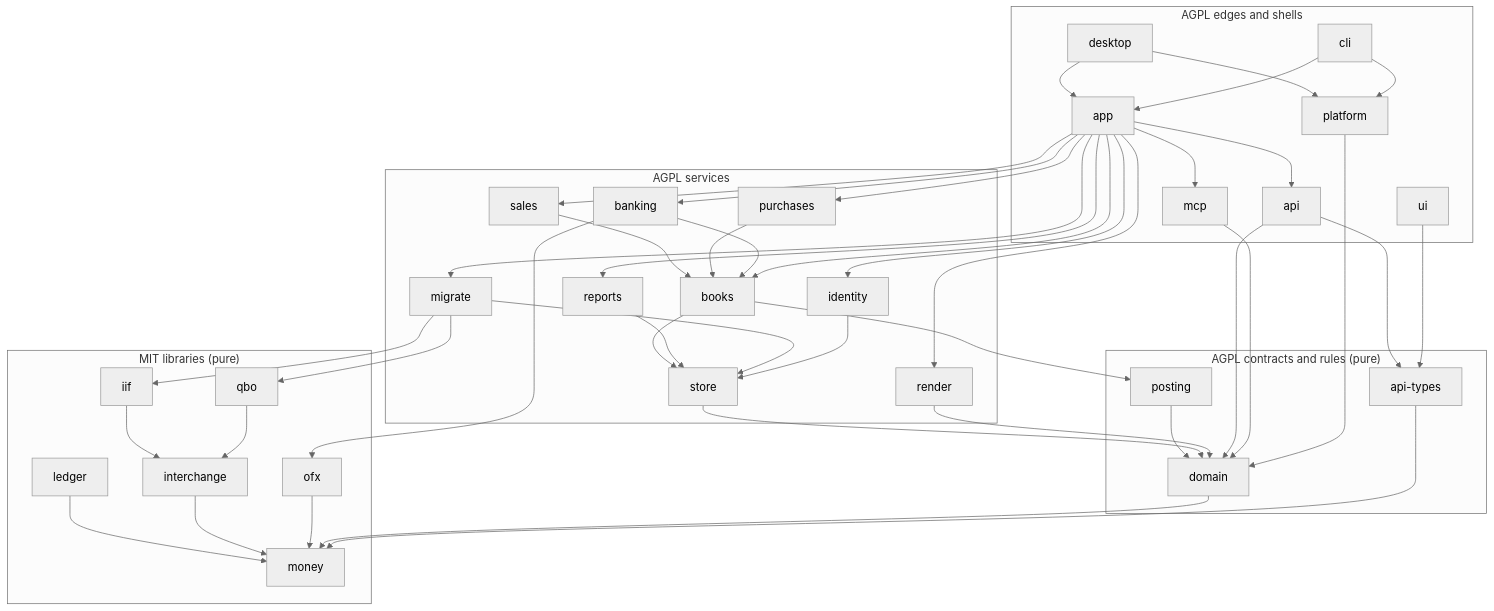
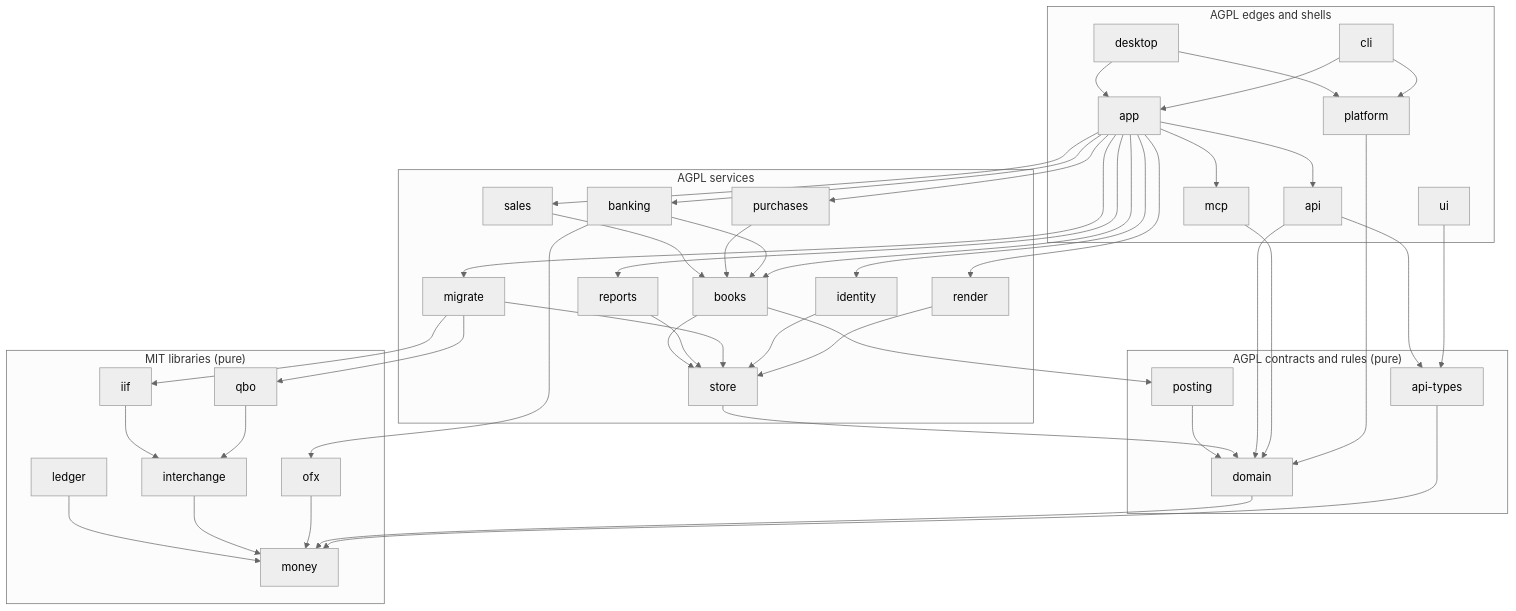
One commit to S0r81/bookscraft changed the first of 6 diagrams in docs/architecture/ARCHITECTURE.md. Above: the diagram before and after it, drawn with Mermaid (neutral theme). The commit also changed other lines of this file and 10 other files, not shown here.

First line of the commit message:
docs(architecture): fix infrastructure wiring, job dispatch and test ids

````diff
--- a/docs/architecture/ARCHITECTURE.md
+++ b/docs/architecture/ARCHITECTURE.md
@@ -58,76 +58,76 @@
 ```mermaid
 flowchart TB
   subgraph MIT["MIT libraries (pure)"]
     money
     ledger
     interchange
     iif
     ofx
     qbo
   end
   subgraph CORE["AGPL contracts and rules (pure)"]
     domain
     posting
     apitypes["api-types"]
   end
   subgraph SVC["AGPL services"]
     store
     books
     sales
     purchases
     banking
     reports
     migrate
     identity
     render
   end
   subgraph EDGE["AGPL edges and shells"]
     api
     mcp
     app
     ui
     platform
     desktop
     cli
   end
   ledger --> money
   interchange --> money
   iif --> interchange
   ofx --> money
   qbo --> interchange
   domain --> money
   posting --> domain
   apitypes --> money
   store --> domain
   books --> store
   books --> posting
   sales --> books
   purchases --> books
   banking --> books
   banking --> ofx
   reports --> store
   migrate --> store
   migrate --> qbo
   migrate --> iif
   identity --> store
-  render --> domain
+  render --> store
   api --> domain
   api --> apitypes
   mcp --> domain
   app --> books
   app --> sales
   app --> purchases
   app --> banking
   app --> reports
   app --> migrate
   app --> identity
   app --> render
   app --> api
   app --> mcp
   ui --> apitypes
   platform --> domain
   desktop --> app
   desktop --> platform
   cli --> app
   cli --> platform
 ```
````
